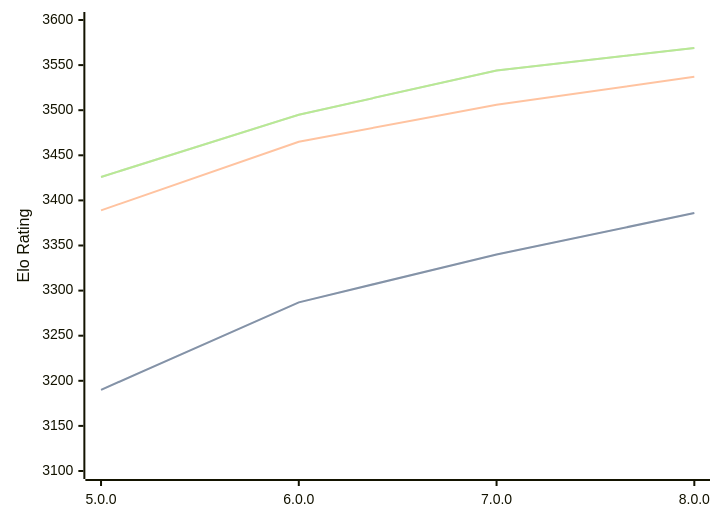
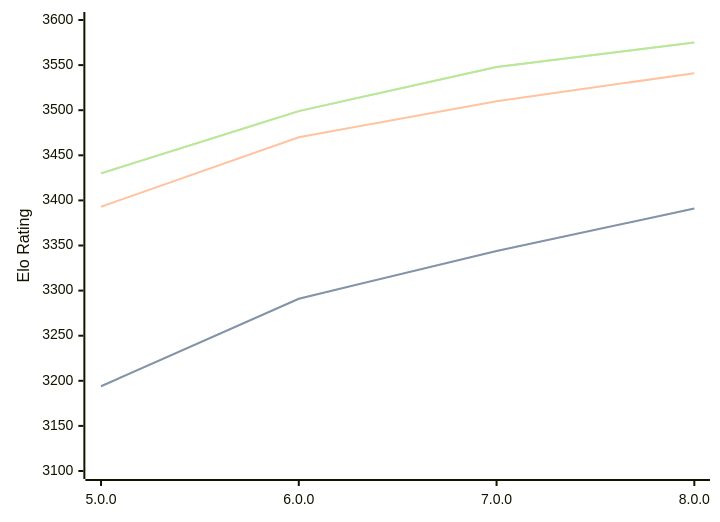
One commit to computer-chess-index/cci changed the diagram in engines/Stormphrax.md. Above: the diagram before and after it, drawn with Mermaid. The commit also changed other lines of this file, not shown here.

Commit message:
Update CCI Ratings (ELO VLTC) - 2026-08-18

````diff
--- a/engines/Stormphrax.md
+++ b/engines/Stormphrax.md
@@ -34,11 +34,11 @@
 ```mermaid
 %%{init: {"theme":"base","themeVariables":{"seriesColors:['#a3a3a3','#222221','#faa371']}}}%%
 xychart-beta
   x-axis ["5.0.0", "6.0.0", "7.0.0", "8.0.0"]
   y-axis "Elo Rating" 3100 --> 3600
-  line "STC (8.0+0.08s)" [3190, 3287, 3340, 3386]
-  line "STC (8.0+0.08s)" [3190, 3287, 3340, 3386]
-  line "LTC (60.0+0.60s)" [3389, 3465, 3506, 3537]
-  line "VLTC (2m24s+1.12s)" [3426, 3495, 3544, 3569]
-  line "VLTC (2m24s+1.12s)" [3426, 3495, 3544, 3569]
+  line "STC (8.0+0.08s)" [3194, 3291, 3344, 3391]
+  line "STC (8.0+0.08s)" [3194, 3291, 3344, 3391]
+  line "LTC (60.0+0.60s)" [3393, 3470, 3510, 3541]
+  line "VLTC (2m24s+1.12s)" [3430, 3499, 3548, 3575]
+  line "VLTC (2m24s+1.12s)" [3430, 3499, 3548, 3575]
 ```
````
